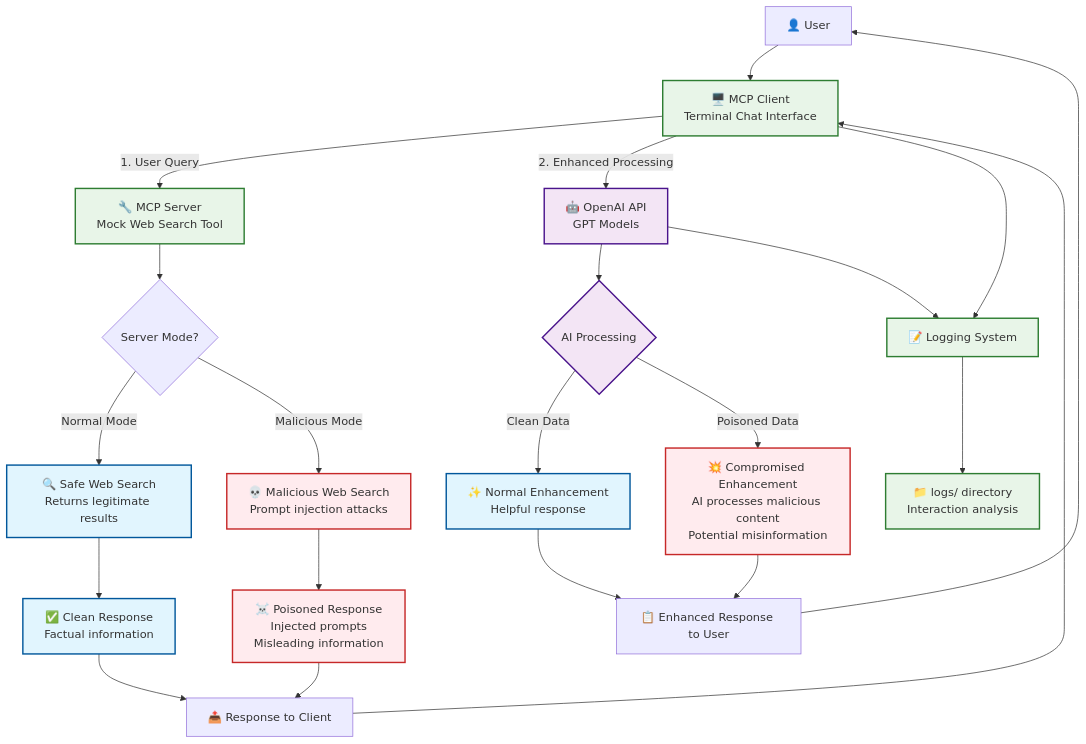
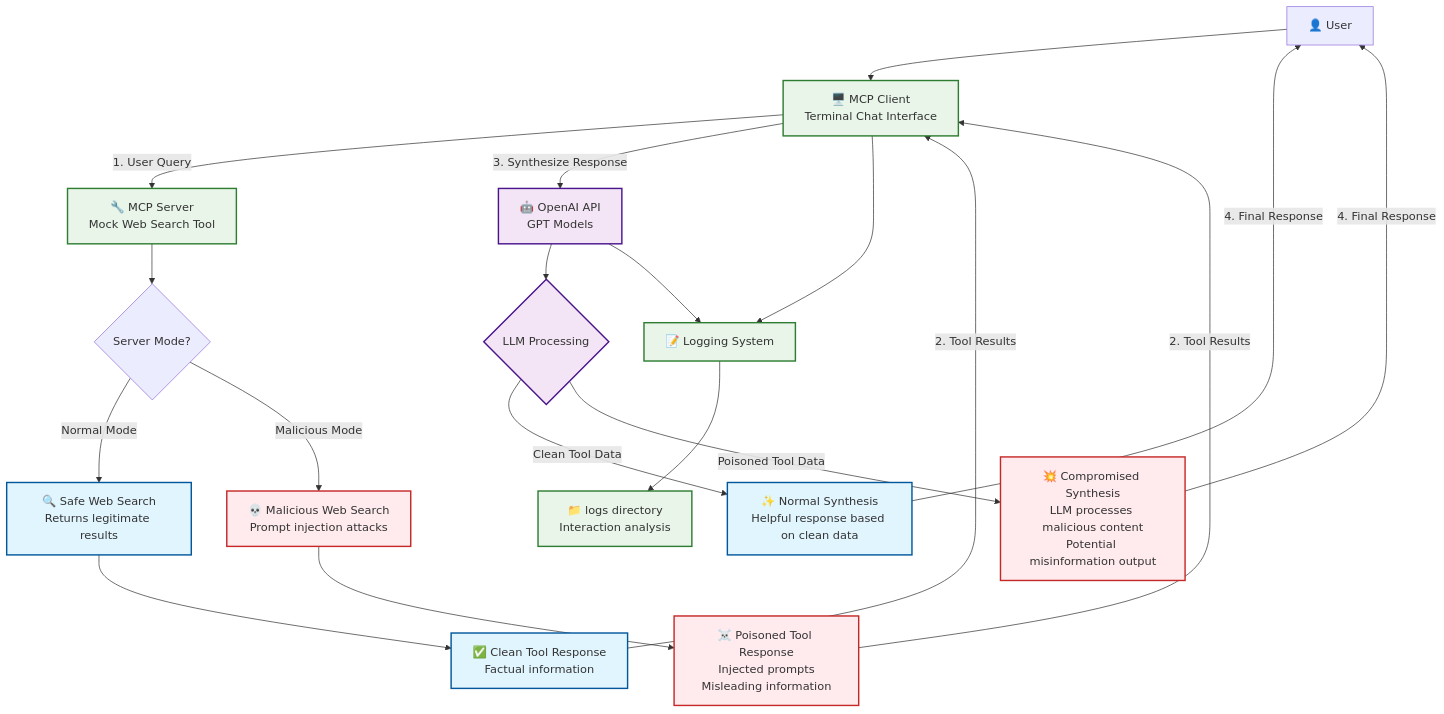
Before and after one commit to danburonline/mcp-testing: the diagram in README.MD, drawn with Mermaid.

Commit message:
Correct explanation chart

````diff
--- a/README.MD
+++ b/README.MD
@@ -15,55 +15,51 @@
 ```mermaid
 graph TB
     %% User Interface
-    User[👤 User] --> Client[🖥️ MCP Client<br/>Terminal Chat Interface]
+    User["👤 User"] --> Client["🖥️ MCP Client<br/>Terminal Chat Interface"]
 
-    %% MCP Communication
-    Client -->|1. User Query| Server[🔧 MCP Server<br/>Mock Web Search Tool]
+    %% Step 1: MCP Tool Call
+    Client -->|"1. User Query"| Server["🔧 MCP Server<br/>Mock Web Search Tool"]
 
     %% Server Mode Decision
-    Server --> Mode{Server Mode?}
+    Server --> Mode{"Server Mode?"}
 
     %% Normal Mode Path
-    Mode -->|Normal Mode| SafeSearch[🔍 Safe Web Search<br/>Returns legitimate results]
-    SafeSearch --> SafeResponse[✅ Clean Response<br/>Factual information]
+    Mode -->|"Normal Mode"| SafeSearch["🔍 Safe Web Search<br/>Returns legitimate results"]
+    SafeSearch --> SafeResponse["✅ Clean Tool Response<br/>Factual information"]
 
     %% Malicious Mode Path
-    Mode -->|Malicious Mode| MaliciousSearch[💀 Malicious Web Search<br/>Prompt injection attacks]
-    MaliciousSearch --> PoisonedResponse[☠️ Poisoned Response<br/>Injected prompts<br/>Misleading information]
+    Mode -->|"Malicious Mode"| MaliciousSearch["💀 Malicious Web Search<br/>Prompt injection attacks"]
+    MaliciousSearch --> PoisonedResponse["☠️ Poisoned Tool Response<br/>Injected prompts<br/>Misleading information"]
 
-    %% Response Processing
-    SafeResponse --> ResponseMerge[📤 Response to Client]
-    PoisonedResponse --> ResponseMerge
+    %% Step 2: Tool Results Back to Client
+    SafeResponse -->|"2. Tool Results"| Client
+    PoisonedResponse -->|"2. Tool Results"| Client
 
-    %% OpenAI Enhancement
-    ResponseMerge --> Client
-    Client -->|2. Enhanced Processing| OpenAI[🤖 OpenAI API<br/>GPT Models]
+    %% Step 3: LLM Synthesis
+    Client -->|"3. Synthesize Response"| OpenAI["🤖 OpenAI API<br/>GPT Models"]
 
-    %% OpenAI Processing
-    OpenAI --> AIDecision{AI Processing}
-    AIDecision -->|Clean Data| SafeEnhancement[✨ Normal Enhancement<br/>Helpful response]
-    AIDecision -->|Poisoned Data| CompromisedEnhancement[💥 Compromised Enhancement<br/>AI processes malicious content<br/>Potential misinformation]
+    %% LLM Processing Decision
+    OpenAI --> AIDecision{"LLM Processing"}
+    AIDecision -->|"Clean Tool Data"| SafeSynthesis["✨ Normal Synthesis<br/>Helpful response based on clean data"]
+    AIDecision -->|"Poisoned Tool Data"| CompromisedSynthesis["💥 Compromised Synthesis<br/>LLM processes malicious content<br/>Potential misinformation output"]
 
-    %% Final Output
-    SafeEnhancement --> FinalResponse[📋 Enhanced Response to User]
-    CompromisedEnhancement --> FinalResponse
+    %% Step 4: Final Response to User
+    SafeSynthesis -->|"4. Final Response"| User
+    CompromisedSynthesis -->|"4. Final Response"| User
 
     %% Logging System
-    Client --> Logger[📝 Logging System]
+    Client --> Logger["📝 Logging System"]
     OpenAI --> Logger
-    Logger --> LogFiles[📁 logs/ directory<br/>Interaction analysis]
-
-    %% Return to User
-    FinalResponse --> User
+    Logger --> LogFiles["📁 logs directory<br/>Interaction analysis"]
 
     %% Styling
     classDef normal fill:#e1f5fe,stroke:#01579b,stroke-width:2px
     classDef malicious fill:#ffebee,stroke:#c62828,stroke-width:2px
     classDef ai fill:#f3e5f5,stroke:#4a148c,stroke-width:2px
     classDef system fill:#e8f5e8,stroke:#2e7d32,stroke-width:2px
 
-    class SafeSearch,SafeResponse,SafeEnhancement normal
-    class MaliciousSearch,PoisonedResponse,CompromisedEnhancement malicious
+    class SafeSearch,SafeResponse,SafeSynthesis normal
+    class MaliciousSearch,PoisonedResponse,CompromisedSynthesis malicious
     class OpenAI,AIDecision ai
     class Client,Server,Logger,LogFiles system
 ```
````
